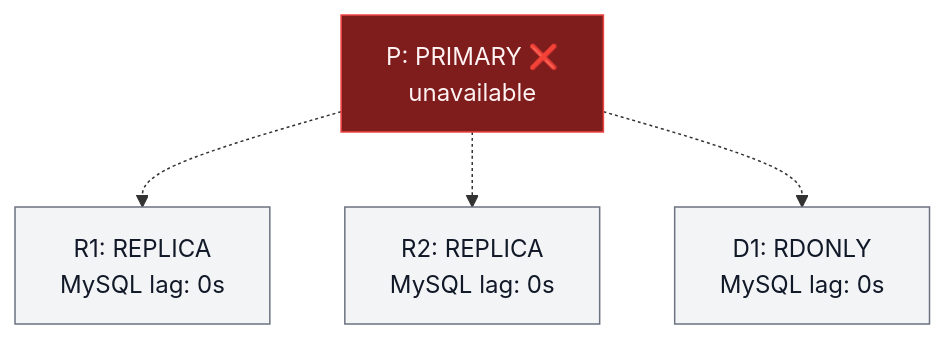
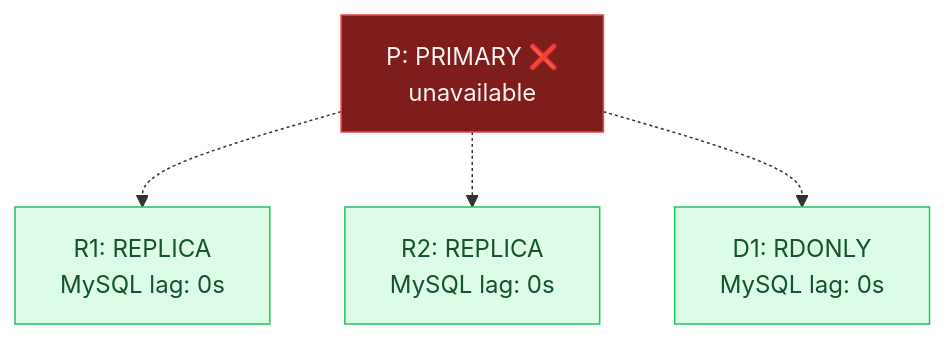
The first of 3 diagrams in content/en/blog/2026-09-24-hardening-emergency-reparent-shard.md (vitessio/website), drawn with Mermaid before and after one commit. The commit also changed other lines of this file, not shown here.

Commit message:
Refine EmergencyReparentShard blog diagrams

````diff
--- a/content/en/blog/2026-09-24-hardening-emergency-reparent-shard.md
+++ b/content/en/blog/2026-09-24-hardening-emergency-reparent-shard.md
@@ -21,14 +21,16 @@
 ```mermaid
 graph TD
     P["P: PRIMARY ❌<br/>unavailable"]
     R1["R1: REPLICA<br/>MySQL lag: 0s"]
     R2["R2: REPLICA<br/>MySQL lag: 0s"]
     D1["D1: RDONLY<br/>MySQL lag: 0s"]
     P -.-> R1
     P -.-> R2
     P -.-> D1
 
     classDef default fill:#f3f4f6,stroke:#6b7280,color:#111827
     classDef unavailable fill:#7f1d1d,stroke:#ef4444,color:#fef2f2
+    classDef healthy fill:#dcfce7,stroke:#22c55e,color:#14532d
     class P unavailable
+    class R1,R2,D1 healthy
 ```
````
